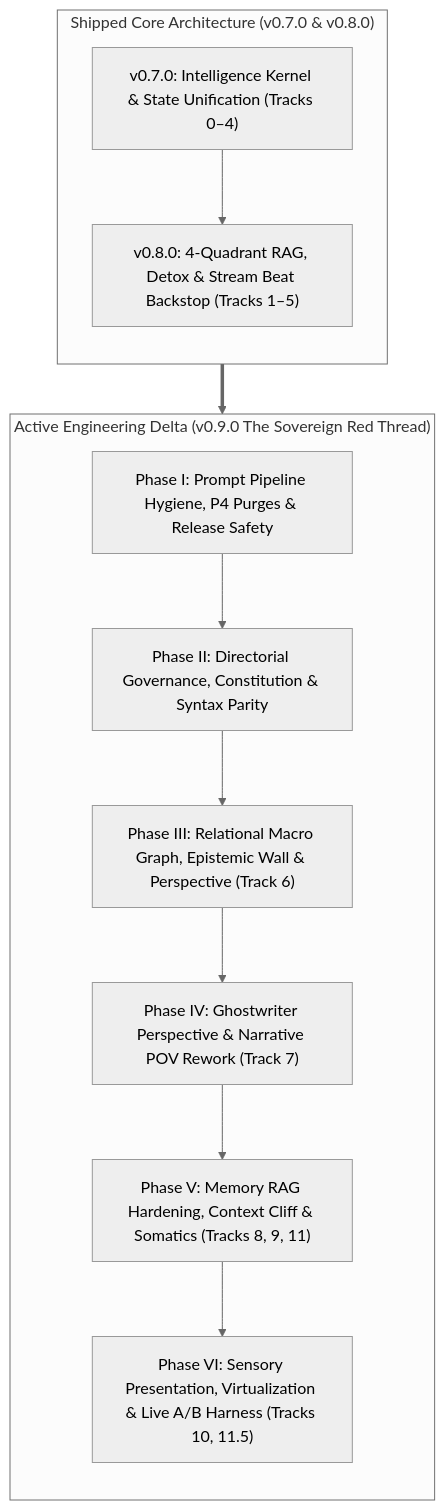
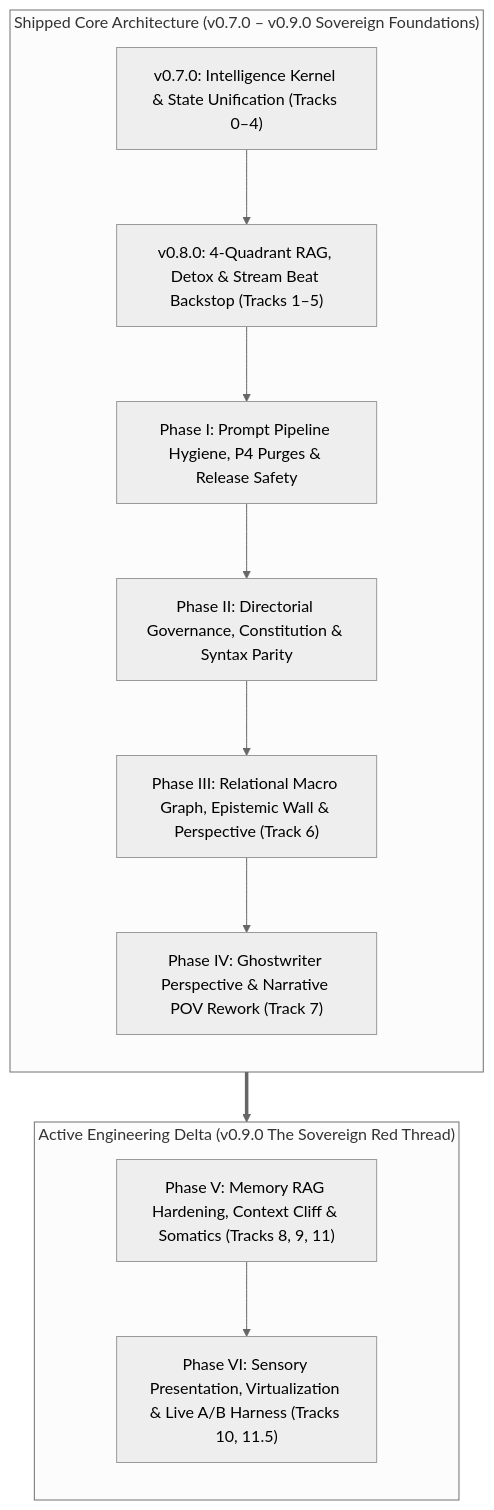
The diagram in ROADMAP.md (JooduG/RPGlitch), drawn with Mermaid (neutral theme) before and after one commit. The commit also changed other lines of this file and 6 other files, not shown here.

````diff
--- a/ROADMAP.md
+++ b/ROADMAP.md
@@ -22,23 +22,23 @@
 ```mermaid
 flowchart TD
-    subgraph ShippedCore ["Shipped Core Architecture (v0.7.0 & v0.8.0)"]
+    subgraph ShippedCore ["Shipped Core Architecture (v0.7.0 – v0.9.0 Sovereign Foundations)"]
         direction TB
         S1["v0.7.0: Intelligence Kernel & State Unification (Tracks 0–4)"]
         S2["v0.8.0: 4-Quadrant RAG, Detox & Stream Beat Backstop (Tracks 1–5)"]
-        S1 --> S2
+        S3["Phase I: Prompt Pipeline Hygiene, P4 Purges & Release Safety"]
+        S4["Phase II: Directorial Governance, Constitution & Syntax Parity"]
+        S5["Phase III: Relational Macro Graph, Epistemic Wall & Perspective (Track 6)"]
+        S6["Phase IV: Ghostwriter Perspective & Narrative POV Rework (Track 7)"]
+        S1 --> S2 --> S3 --> S4 --> S5 --> S6
     end
 
     subgraph ActiveBacklog ["Active Engineering Delta (v0.9.0 The Sovereign Red Thread)"]
         direction TB
-        T1["Phase I: Prompt Pipeline Hygiene, P4 Purges & Release Safety"]
-        T2["Phase II: Directorial Governance, Constitution & Syntax Parity"]
-        T3["Phase III: Relational Macro Graph, Epistemic Wall & Perspective (Track 6)"]
-        T4["Phase IV: Ghostwriter Perspective & Narrative POV Rework (Track 7)"]
         T5["Phase V: Memory RAG Hardening, Context Cliff & Somatics (Tracks 8, 9, 11)"]
         T6["Phase VI: Sensory Presentation, Virtualization & Live A/B Harness (Tracks 10, 11.5)"]
 
-        T1 --> T2 --> T3 --> T4 --> T5 --> T6
+        T5 --> T6
     end
 
     ShippedCore ==> ActiveBacklog
 ```
````
